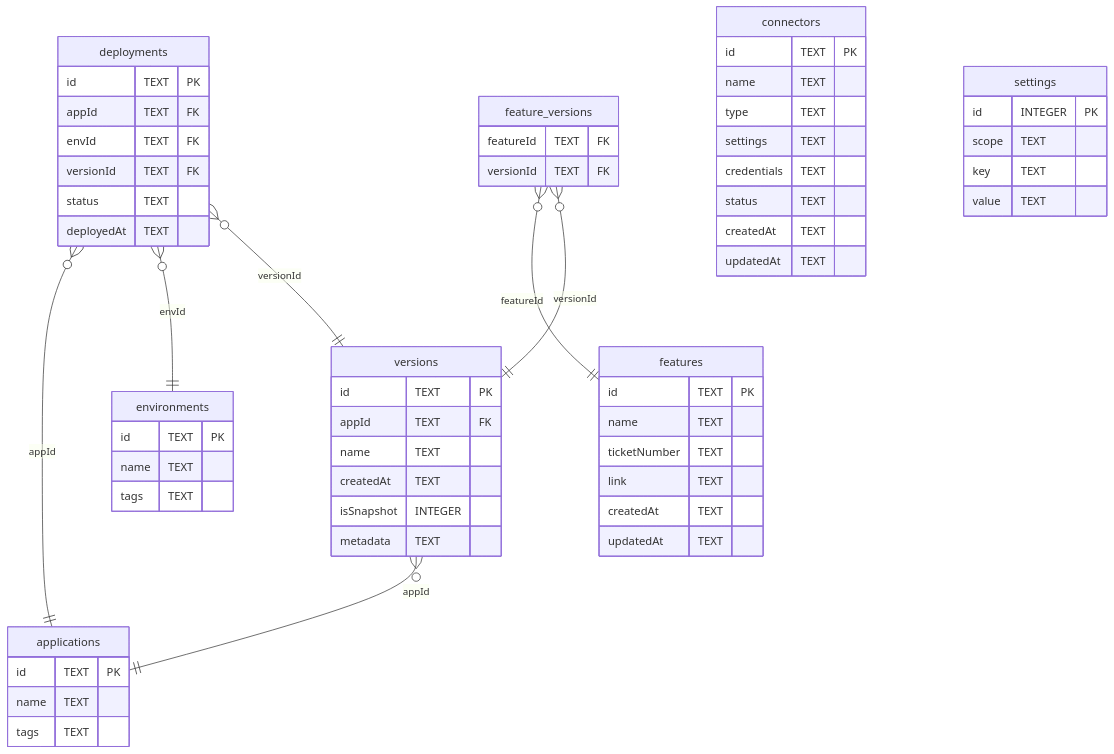
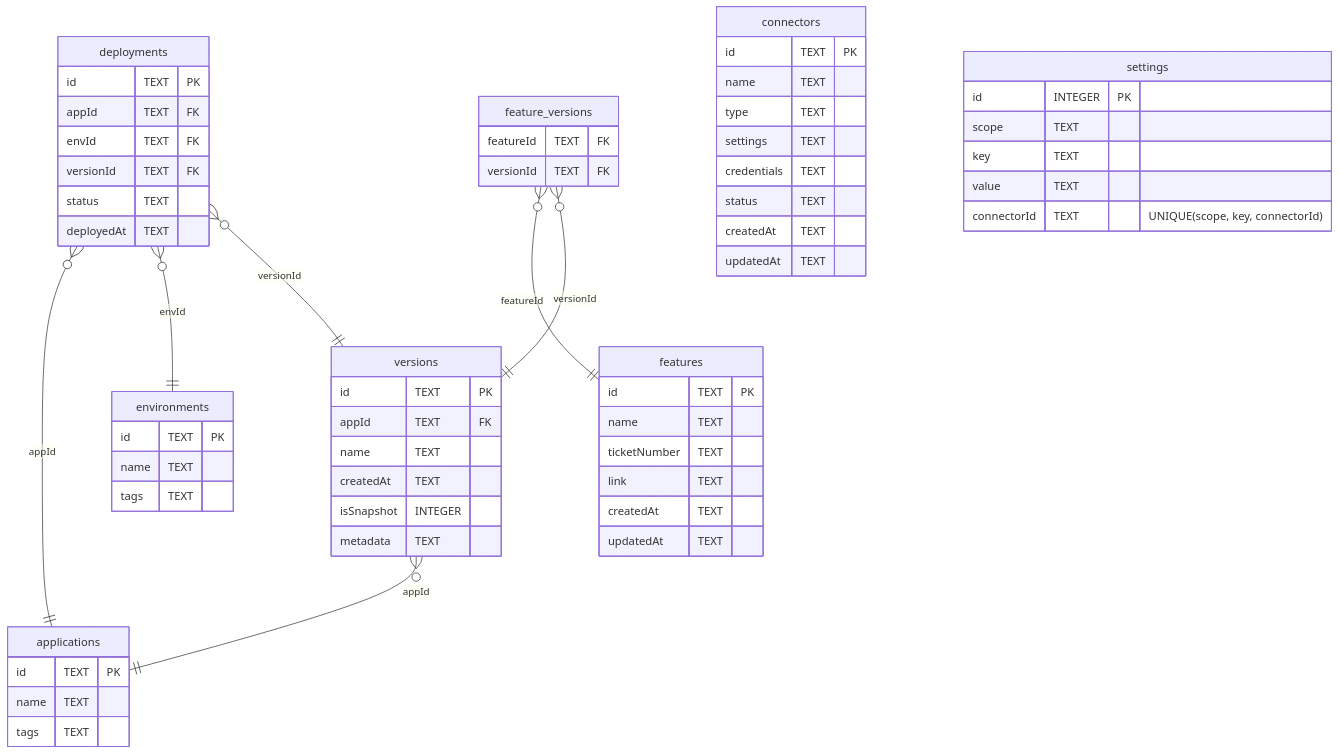
The diagram in doc/db/erd.mmd (ludoo0d0a/captain), drawn with Mermaid before and after one commit. The commit also changed 5 other files, not shown here.

Commit message:
feat: enhance connector settings management by adding connectorId support in API and database schema, improve error handling in settings loading and connection testing

```diff
--- a/doc/db/erd.mmd
+++ b/doc/db/erd.mmd
@@ -1,62 +1,64 @@
 erDiagram
   applications {
     id TEXT PK
     name TEXT
     tags TEXT
   }
   environments {
     id TEXT PK
     name TEXT
     tags TEXT
   }
   versions {
     id TEXT PK
     appId TEXT FK
     name TEXT
     createdAt TEXT
     isSnapshot INTEGER
     metadata TEXT
   }
   deployments {
     id TEXT PK
     appId TEXT FK
     envId TEXT FK
     versionId TEXT FK
     status TEXT
     deployedAt TEXT
   }
   features {
     id TEXT PK
     name TEXT
     ticketNumber TEXT
     link TEXT
     createdAt TEXT
     updatedAt TEXT
   }
   feature_versions {
     featureId TEXT FK
     versionId TEXT FK
   }
   connectors {
     id TEXT PK
     name TEXT
     type TEXT
     settings TEXT
     credentials TEXT
     status TEXT
     createdAt TEXT
     updatedAt TEXT
   }
   settings {
     id INTEGER PK
     scope TEXT
     key TEXT
     value TEXT
+    connectorId TEXT
+    "UNIQUE(scope, key, connectorId)"
   }
   
   versions }o--|| applications : "appId"
   deployments }o--|| applications : "appId"
   deployments }o--|| environments : "envId"
   deployments }o--|| versions : "versionId"
   feature_versions }o--|| features : "featureId"
   feature_versions }o--|| versions : "versionId" 
```
